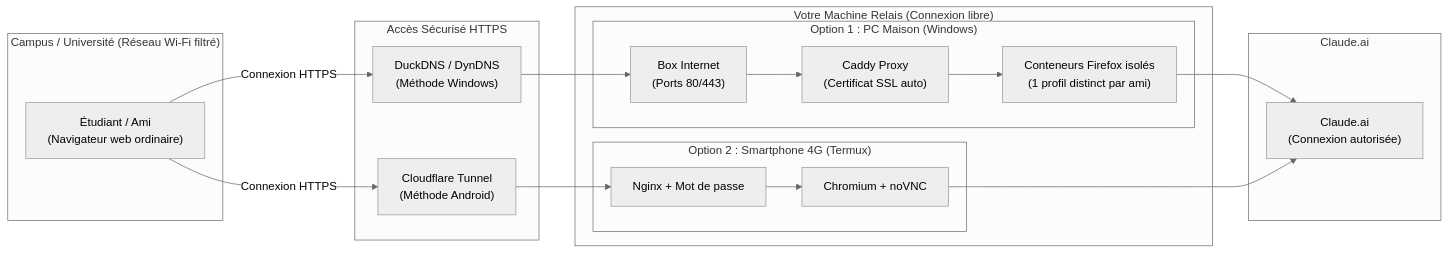
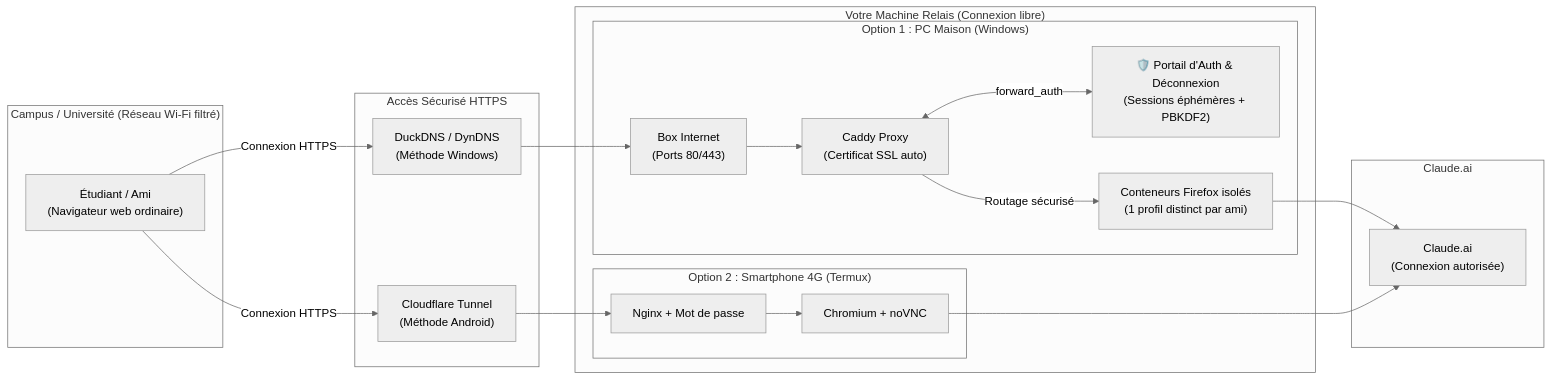
Before and after one commit to KLM-corporation/ClaudeCampusUnlock: the diagram in README.md, drawn with Mermaid (neutral theme). The commit also changed other lines of this file and 1 other file, not shown here.

Commit message:
docs: mise a jour complete du README et SECURITY avec portail d'auth, rate-limiting, PBKDF2 et bouton deconnexion

````diff
--- a/README.md
+++ b/README.md
@@ -21,35 +21,38 @@
 ```mermaid
 flowchart LR
     subgraph Campus["Campus / Université (Réseau Wi-Fi filtré)"]
         User["Étudiant / Ami<br/>(Navigateur web ordinaire)"]
     end
 
     subgraph Internet["Accès Sécurisé HTTPS"]
         DNS["DuckDNS / DynDNS<br/>(Méthode Windows)"]
         CF["Cloudflare Tunnel<br/>(Méthode Android)"]
     end
 
     subgraph Relais["Votre Machine Relais (Connexion libre)"]
         subgraph OptionA["Option 1 : PC Maison (Windows)"]
             Router["Box Internet<br/>(Ports 80/443)"]
             Caddy["Caddy Proxy<br/>(Certificat SSL auto)"]
+            Auth["🛡️ Portail d'Auth & Déconnexion<br/>(Sessions éphémères + PBKDF2)"]
             Firefox["Conteneurs Firefox isolés<br/>(1 profil distinct par ami)"]
-            Router --> Caddy --> Firefox
+            Router --> Caddy
+            Caddy <-->|forward_auth| Auth
+            Caddy -->|Routage sécurisé| Firefox
         end
 
         subgraph OptionB["Option 2 : Smartphone 4G (Termux)"]
             Nginx["Nginx + Mot de passe"]
             Chromium["Chromium + noVNC"]
             Nginx --> Chromium
         end
     end
 
     subgraph Cible["Claude.ai"]
         Claude["Claude.ai<br/>(Connexion autorisée)"]
     end
 
     User -->|Connexion HTTPS| DNS --> Router
     User -->|Connexion HTTPS| CF --> Nginx
     Firefox --> Claude
     Chromium --> Claude
 ```
````
